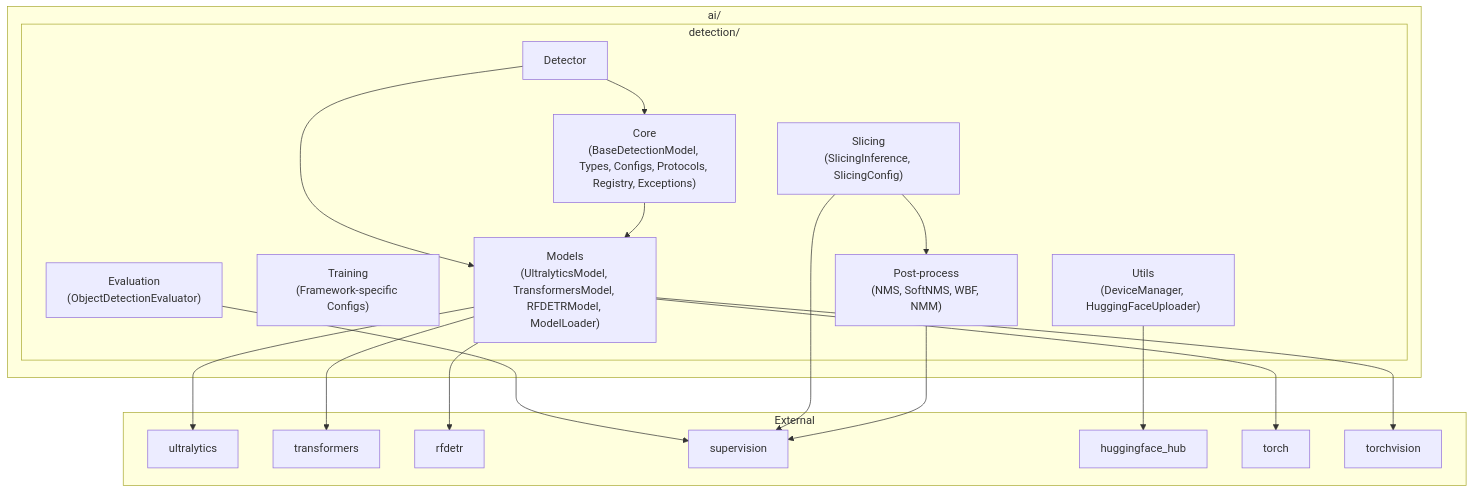
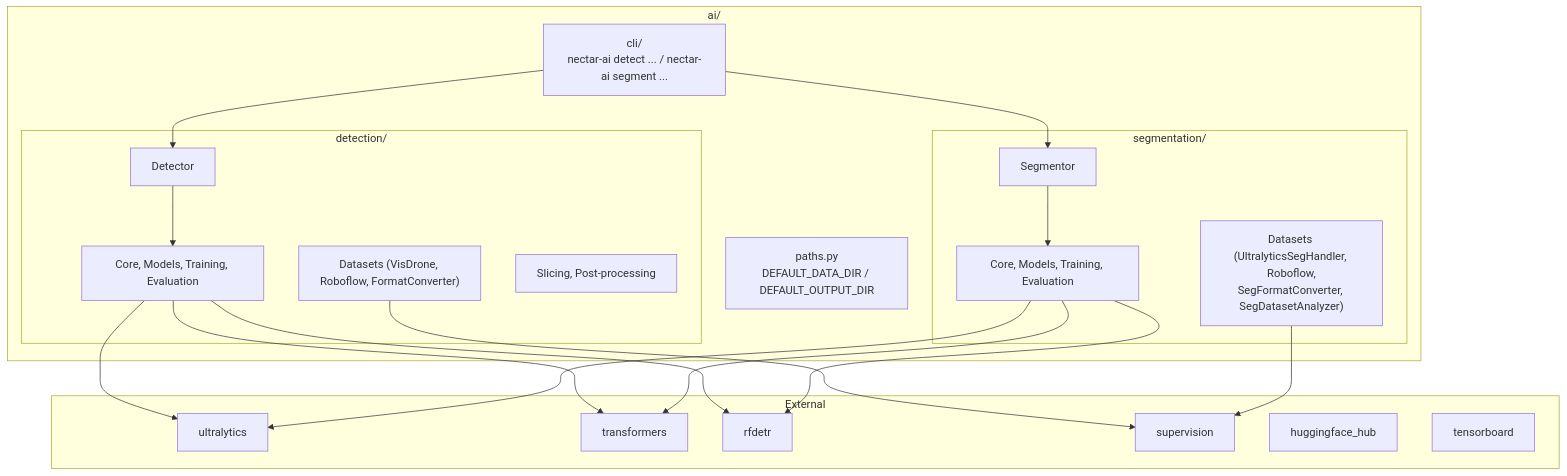
The diagram in nectar/nectar/ai/README.md (Black-Bee-Drones/nectar-sdk), drawn with Mermaid before and after one commit. The commit also changed other lines of this file and 23 other files, not shown here.

Commit message:
feat: rfdetr develop version; hugginface, gc callbacks for all frameworks; e2e tests; fix rfdetr segmentation

````diff
--- a/nectar/nectar/ai/README.md
+++ b/nectar/nectar/ai/README.md
@@ -14,39 +19,45 @@
 ```mermaid
 flowchart TB
     subgraph AI["ai/"]
+        Paths["paths.py<br/>DEFAULT_DATA_DIR / DEFAULT_OUTPUT_DIR"]
+        CLI["cli/<br/>nectar-ai detect ... / nectar-ai segment ..."]
+
         subgraph Detection["detection/"]
             Detector["Detector"]
-            Core["Core<br/>(BaseDetectionModel, Types, Configs, Protocols, Registry, Exceptions)"]
-            Models["Models<br/>(UltralyticsModel, TransformersModel, RFDETRModel, ModelLoader)"]
-            Training["Training<br/>(Framework-specific Configs)"]
-            Evaluation["Evaluation<br/>(ObjectDetectionEvaluator)"]
-            Slicing["Slicing<br/>(SlicingInference, SlicingConfig)"]
-            PostProcess["Post-process<br/>(NMS, SoftNMS, WBF, NMM)"]
-            Utils["Utils<br/>(DeviceManager, HuggingFaceUploader)"]
+            DetCore["Core, Models, Training, Evaluation"]
+            DetDatasets["Datasets (VisDrone, Roboflow, FormatConverter)"]
+            DetSlicing["Slicing, Post-processing"]
+        end
+
+        subgraph Segmentation["segmentation/"]
+            Segmentor["Segmentor"]
+            SegCore["Core, Models, Training, Evaluation"]
+            SegDatasets["Datasets (UltralyticsSegHandler, Roboflow,<br/>SegFormatConverter, SegDatasetAnalyzer)"]
         end
     end
 
     subgraph External["External"]
         ultralytics
         transformers
         rfdetr
         supervision
         huggingface_hub
-        torch
-        torchvision
+        tensorboard
     end
 
-    Detector --> Core
-    Detector --> Models
-    Core --> Models
-    Models --> ultralytics
-    Models --> transformers
-    Models --> rfdetr
-    Models --> torch
-    Models --> torchvision
-    Evaluation --> supervision
-    Slicing --> PostProcess
-    Slicing --> supervision
-    PostProcess --> supervision
-    Utils --> huggingface_hub
+    CLI --> Detector
+    CLI --> Segmentor
+
+    Detector --> DetCore
+    Segmentor --> SegCore
+
+    DetCore --> ultralytics
+    DetCore --> transformers
+    DetCore --> rfdetr
+    SegCore --> ultralytics
+    SegCore --> transformers
+    SegCore --> rfdetr
+
+    DetDatasets --> supervision
+    SegDatasets --> supervision
 ```
````
